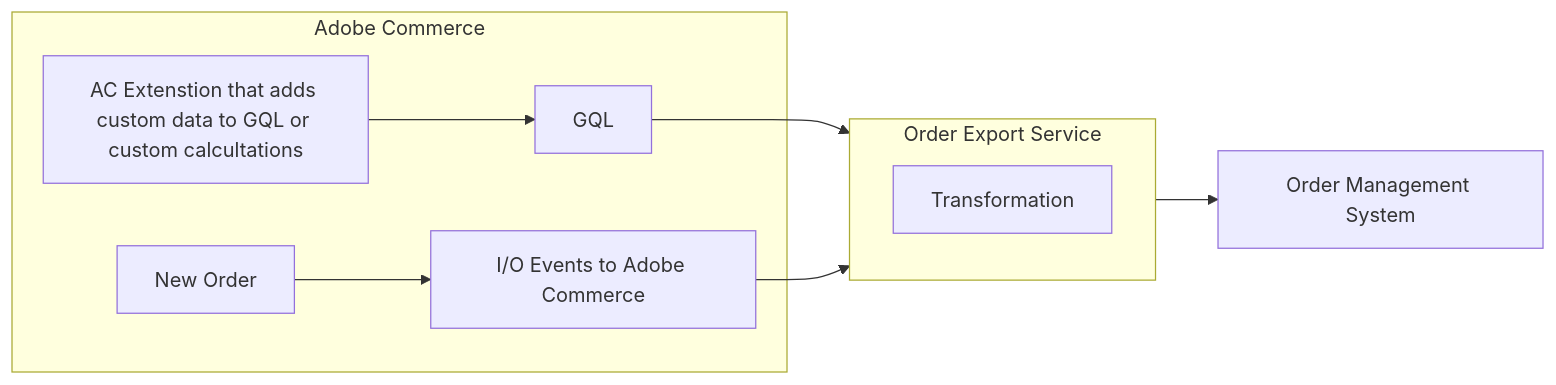
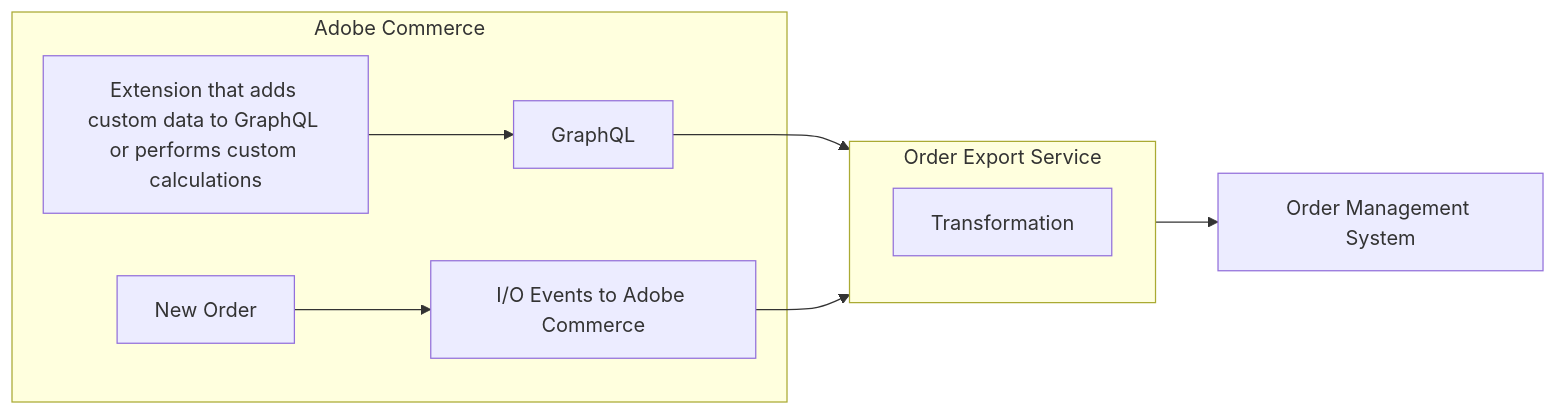
The diagram in src/pages/_images/oms2.mmd (AdobeDocs/commerce-extensibility), drawn with Mermaid before and after one commit. The commit also changed 1 other file, not shown here.

```diff
--- a/src/pages/_images/oms2.mmd
+++ b/src/pages/_images/oms2.mmd
@@ -1,10 +1,14 @@
+---
+config:
+  theme: mc
+---
 flowchart LR
     subgraph Box1[Adobe Commerce]
         A1[New Order] --> A2[I/O Events to Adobe Commerce]
-        A3[AC Extenstion that adds custom data to GQL or custom calcultations] --> A4[GQL]
-    end
+        A3[Extension that adds custom data to GraphQL or performs custom calculations] --> A4[GraphQL]
+        end
     subgraph Box2[Order Export Service]
         B1[Transformation]
     end
     A4 --> Box2 --> Box3[Order Management System]
     A2 --> Box2
```
